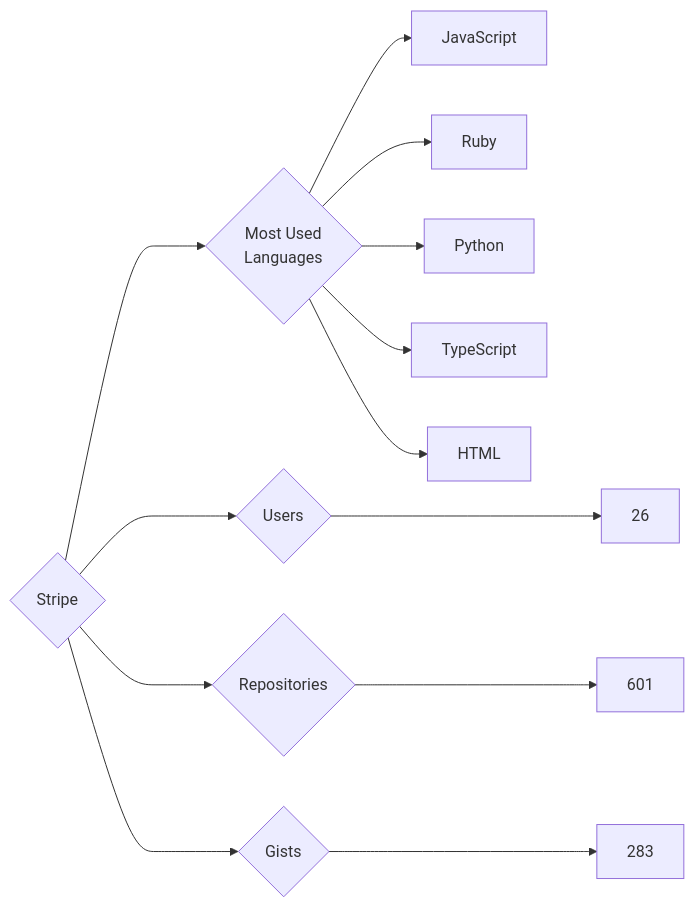
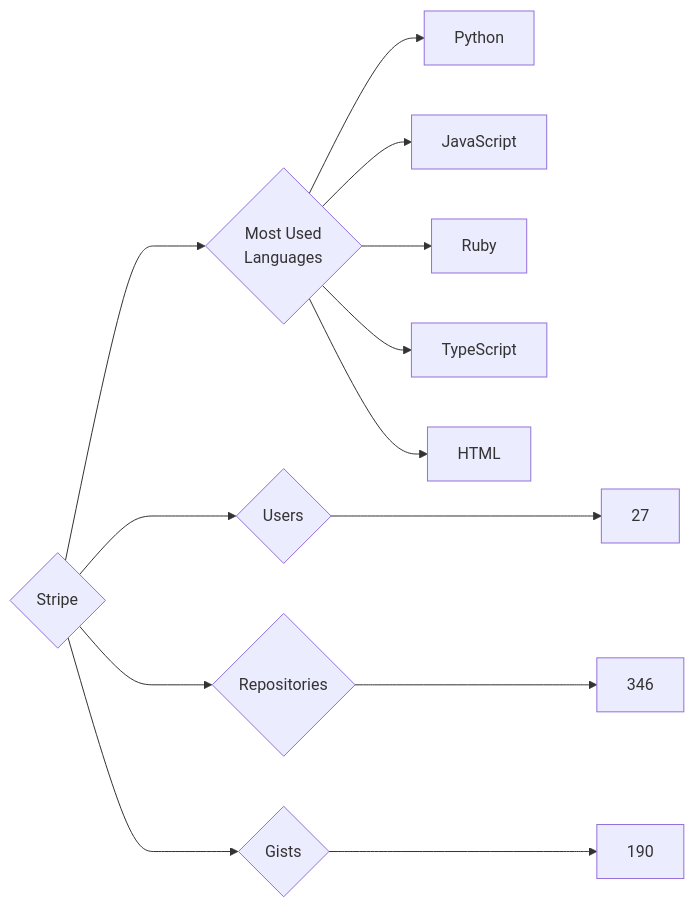
The diagram in targets/Stripe/README.md (trickest/insiders), drawn with Mermaid before and after one commit. The commit also changed 964 other files, not shown here.

````diff
--- a/targets/Stripe/README.md
+++ b/targets/Stripe/README.md
@@ -3,13 +3,13 @@
 ```mermaid
 graph LR
 COMPANY_NAME{Stripe}
-COMPANY_NAME ---> U{Users} ---> UN[26]
-COMPANY_NAME ---> R{Repositories} ---> RN[601]
-COMPANY_NAME ---> G{Gists} ---> GN[283]
+COMPANY_NAME ---> U{Users} ---> UN[27]
+COMPANY_NAME ---> R{Repositories} ---> RN[346]
+COMPANY_NAME ---> G{Gists} ---> GN[190]
 COMPANY_NAME ---> ML{Most Used<br>Languages}
+ML --> Python[Python]
 ML --> JavaScript[JavaScript]
 ML --> Ruby[Ruby]
-ML --> Python[Python]
 ML --> TypeScript[TypeScript]
 ML --> HTML[HTML]
 ```
````
